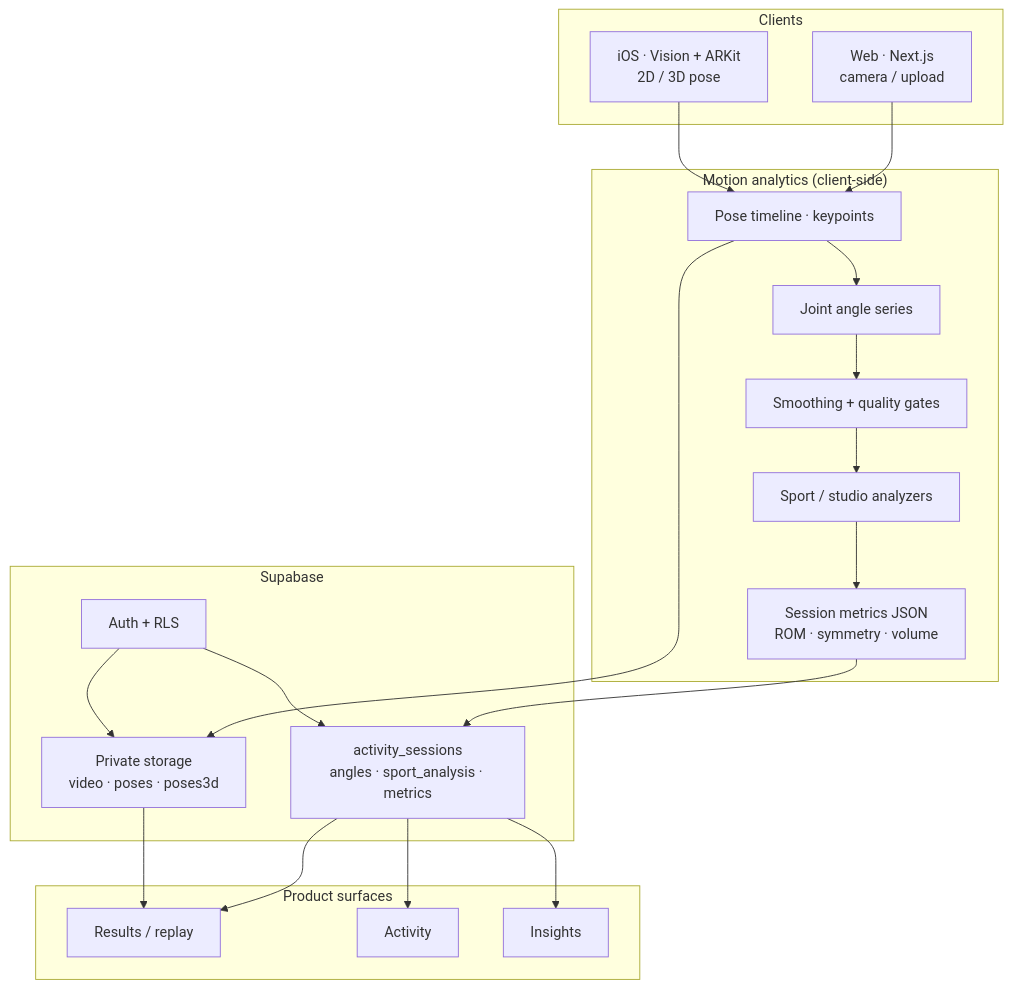
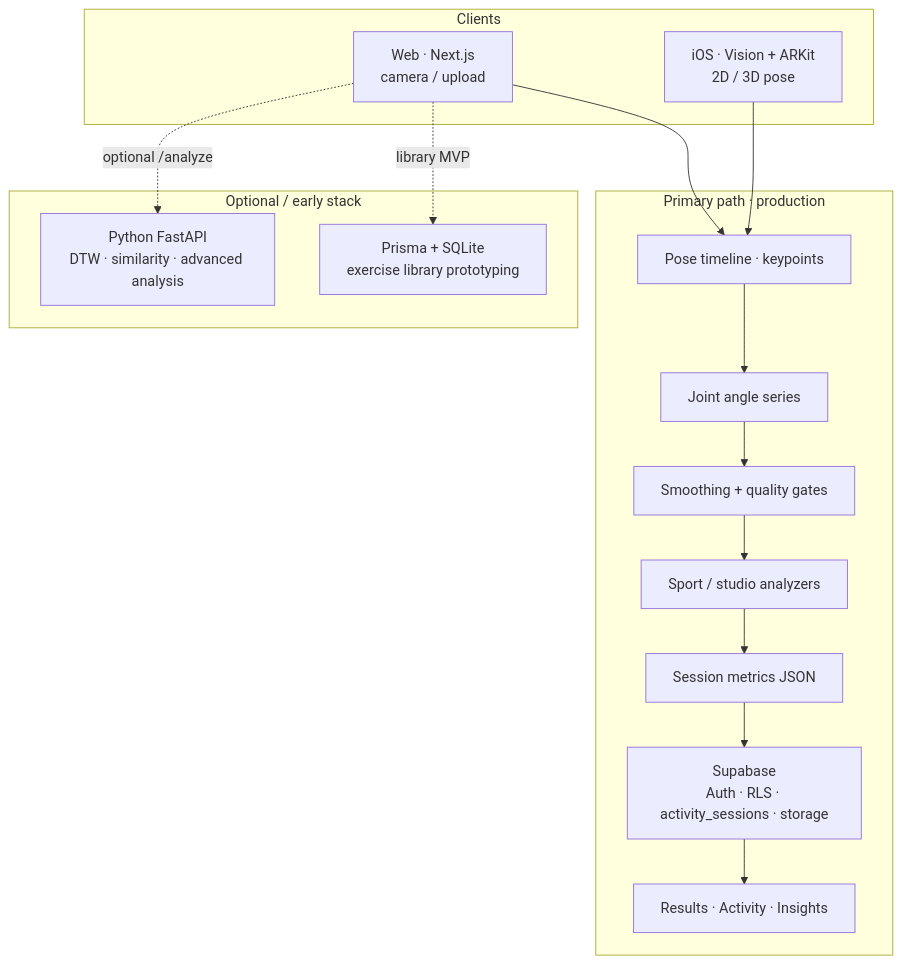
One commit to mova-atletica/mova-mvp-dev-01 changed the second of 4 diagrams in README.md. Above: the diagram before and after it, drawn with Mermaid. The commit also changed other lines of this file and 1 other file, not shown here.

````diff
--- a/README.md
+++ b/README.md
@@ -59,37 +59,29 @@
 ```mermaid
 flowchart TB
   subgraph Clients
     WEB["Web · Next.js<br/>camera / upload"]
     IOS["iOS · Vision + ARKit<br/>2D / 3D pose"]
   end
 
-  subgraph Pipeline["Motion analytics (client-side)"]
+  subgraph Primary["Primary path · production"]
     POSE["Pose timeline · keypoints"]
     ANG["Joint angle series"]
     SM["Smoothing + quality gates"]
     SPORT["Sport / studio analyzers"]
-    MET["Session metrics JSON<br/>ROM · symmetry · volume"]
+    MET["Session metrics JSON"]
+    SB["Supabase<br/>Auth · RLS · activity_sessions · storage"]
+    UX["Results · Activity · Insights"]
   end
 
-  subgraph Supabase["Supabase"]
-    AUTH["Auth + RLS"]
-    DB["activity_sessions<br/>angles · sport_analysis · metrics"]
-    STOR["Private storage<br/>video · poses · poses3d"]
-  end
-
-  subgraph UX["Product surfaces"]
-    RES["Results / replay"]
-    ACT["Activity"]
-    INS["Insights"]
+  subgraph Legacy["Optional / early stack"]
+    PY["Python FastAPI<br/>DTW · similarity · advanced analysis"]
+    PR["Prisma + SQLite<br/>exercise library prototyping"]
   end
 
   WEB --> POSE
   IOS --> POSE
   POSE --> ANG --> SM --> SPORT --> MET
-  MET --> DB
-  POSE --> STOR
-  AUTH --> DB
-  AUTH --> STOR
-  DB --> RES & ACT & INS
-  STOR --> RES
+  MET --> SB --> UX
+  WEB -.->|"optional /analyze"| PY
+  WEB -.->|"library MVP"| PR
 ```
````
